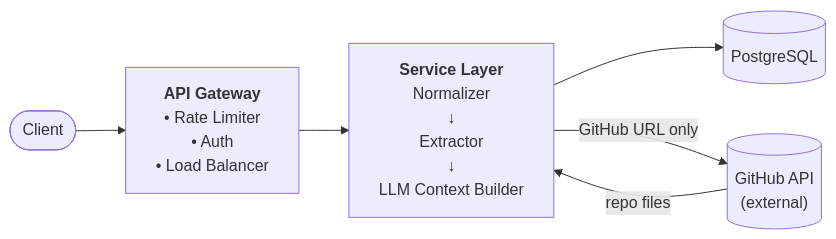
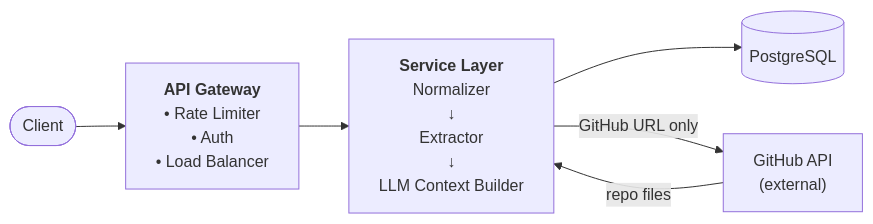
One commit to shivam-tamboli/GrillMyProject changed the first of 2 diagrams in SYSTEM_DESIGN.md. Above: the diagram before and after it, drawn with Mermaid. The commit also changed other lines of this file, not shown here.

Commit message:
fix github api shape and add resume scan hld section

````diff
--- a/SYSTEM_DESIGN.md
+++ b/SYSTEM_DESIGN.md
@@ -285,14 +285,14 @@
 ```mermaid
 flowchart LR
     Client([Client])
     GW["<b>API Gateway</b><br/>• Rate Limiter<br/>• Auth<br/>• Load Balancer"]
     SVC["<b>Service Layer</b><br/>Normalizer<br/>↓<br/>Extractor<br/>↓<br/>LLM Context Builder"]
-    GH[("GitHub API<br/>(external)")]
+    GH["GitHub API<br/>(external)"]
     PG[(PostgreSQL)]
 
     Client --> GW
     GW --> SVC
     SVC --> PG
     SVC -->|"GitHub URL only"| GH
     GH -->|"repo files"| SVC
 ```
````
